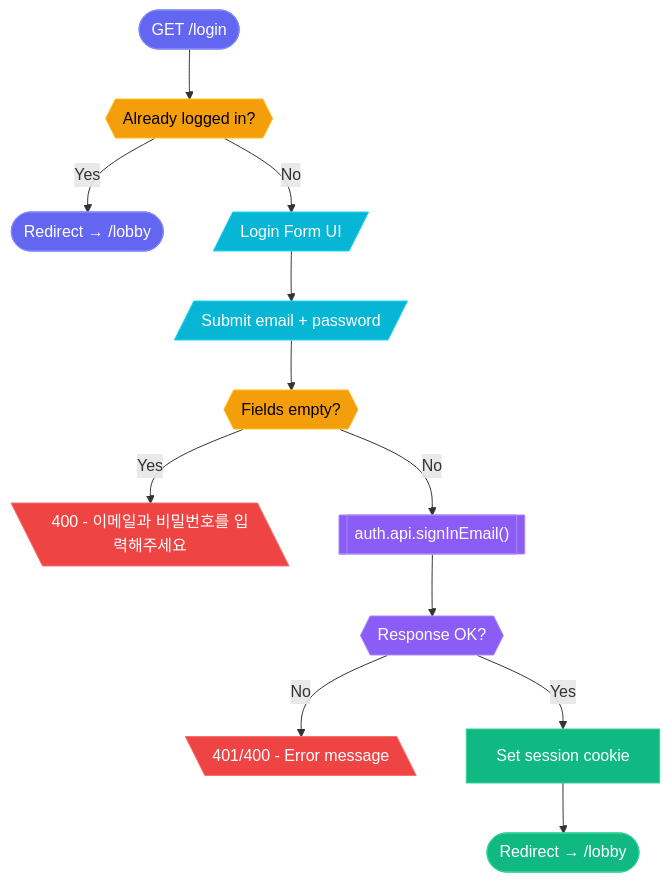
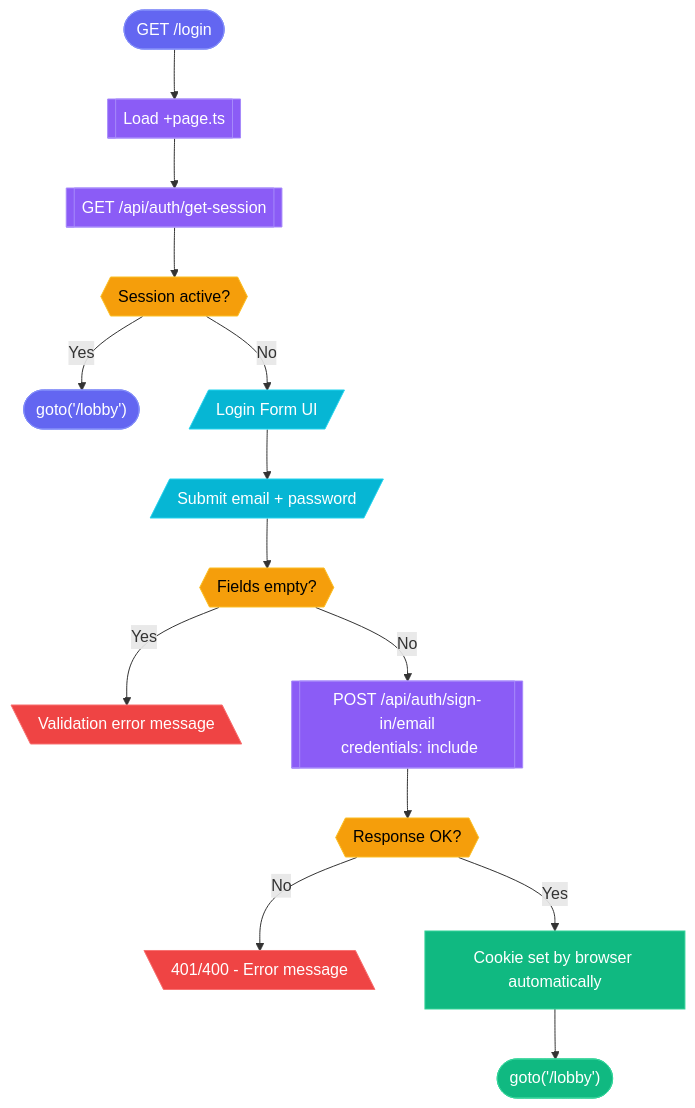
The diagram in flows/auth-login.flow.md (Epsilondelta-ai/SHOT), drawn with Mermaid before and after one commit. The commit also changed other lines of this file and 6 other files, not shown here.

First line of the commit message:
플로우 문서 업데이트 - SPA 전환 반영 및 백엔드 플로우 추가

````diff
--- a/flows/auth-login.flow.md
+++ b/flows/auth-login.flow.md
@@ -9,28 +9,30 @@
 ```mermaid
 flowchart TD
-    A(["GET /login"]) --> B{{"Already logged in?"}}
-    B -->|Yes| C(["Redirect → /lobby"])
-    B -->|No| D[/Login Form UI/]
-    D --> E[/Submit email + password/]
-    E --> F{{"Fields empty?"}}
-    F -->|Yes| G[\"400 - 이메일과 비밀번호를 입력해주세요"\]
-    F -->|No| H[["auth.api.signInEmail()"]]
-    H --> I{{"Response OK?"}}
-    I -->|No| J[\"401/400 - Error message"\]
-    I -->|Yes| K["Set session cookie"]
-    K --> L(["Redirect → /lobby"])
+    A(["GET /login"]) --> B[["Load +page.ts"]]
+    B --> C[["GET /api/auth/get-session"]]
+    C --> D{{"Session active?"}}
+    D -->|Yes| E(["goto('/lobby')"])
+    D -->|No| F[/Login Form UI/]
+    F --> G[/Submit email + password/]
+    G --> H{{"Fields empty?"}}
+    H -->|Yes| I[\"Validation error message"\]
+    H -->|No| J[["POST /api/auth/sign-in/email\n credentials: include"]]
+    J --> K{{"Response OK?"}}
+    K -->|No| L[\"401/400 - Error message"\]
+    K -->|Yes| M["Cookie set by browser automatically"]
+    M --> N(["goto('/lobby')"])
 
     classDef entry fill:#6366f1,stroke:#818cf8,color:#fff
     classDef validation fill:#f59e0b,stroke:#fbbf24,color:#000
     classDef success fill:#10b981,stroke:#34d399,color:#fff
     classDef error fill:#ef4444,stroke:#f87171,color:#fff
     classDef external fill:#8b5cf6,stroke:#a78bfa,color:#fff
     classDef user fill:#06b6d4,stroke:#22d3ee,color:#fff
 
-    class A,C,L entry
-    class B,F validation
-    class K,L success
-    class G,J error
-    class H,I external
-    class D,E user
+    class A,E,N entry
+    class D,H,K validation
+    class M,N success
+    class I,L error
+    class B,C,J external
+    class F,G user
 ```
````
